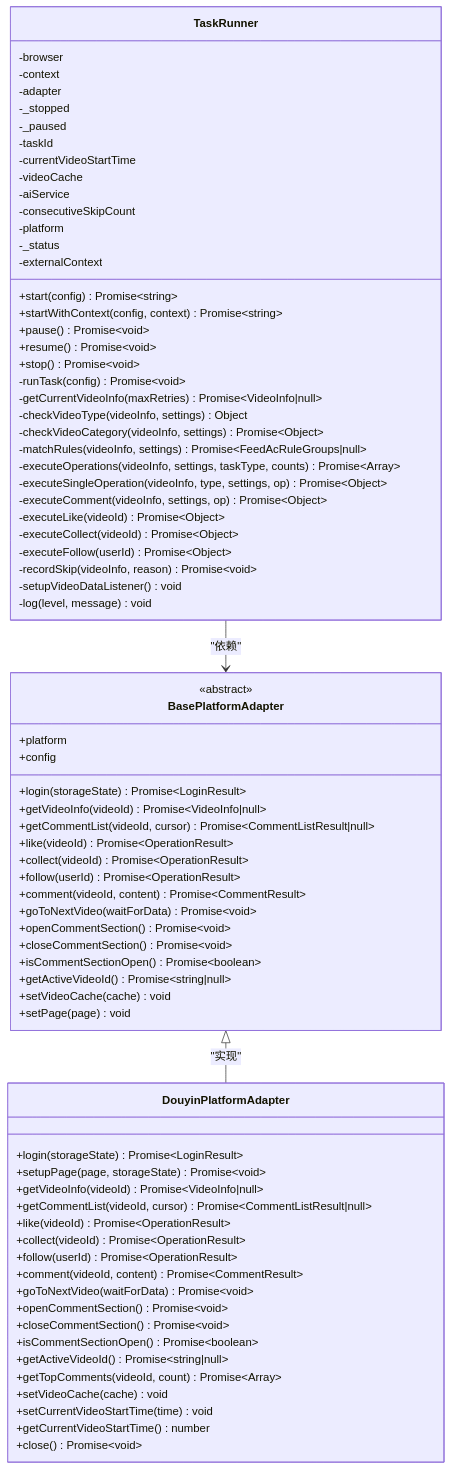
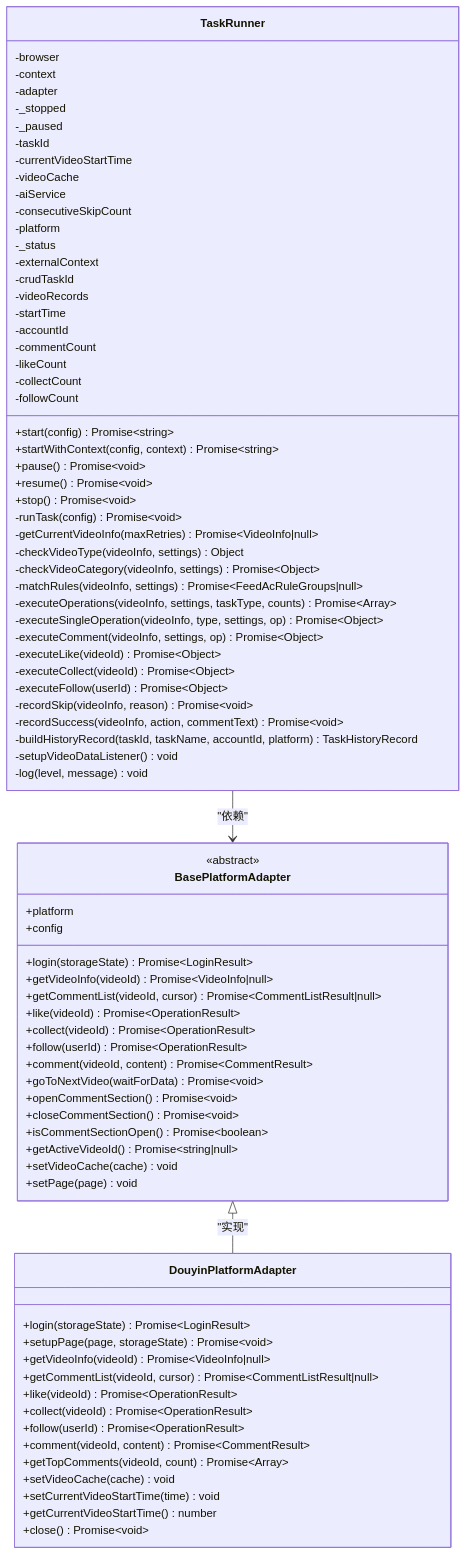
Before and after one commit to hipig/autoOps: the third of 14 diagrams in .qoder/repowiki/zh/content/核心模块/任务执行器.md, drawn with Mermaid. The commit also changed other lines of this file and 37 other files, not shown here.

```diff
--- a/.qoder/repowiki/zh/content/核心模块/任务执行器.md
+++ b/.qoder/repowiki/zh/content/核心模块/任务执行器.md
@@ -157,6 +209,14 @@
 -platform
 -_status
 -externalContext
+-crudTaskId
+-videoRecords
+-startTime
+-accountId
+-commentCount
+-likeCount
+-collectCount
+-followCount
 +start(config) Promise~string~
 +startWithContext(config, context) Promise~string~
 +pause() Promise~void~
@@ -174,6 +234,8 @@
 -executeCollect(videoId) Promise~Object~
 -executeFollow(userId) Promise~Object~
 -recordSkip(videoInfo, reason) Promise~void~
+-recordSuccess(videoInfo, action, commentText) Promise~void~
+-buildHistoryRecord(taskId, taskName, accountId, platform) TaskHistoryRecord
 -setupVideoDataListener() void
 -log(level, message) void
 }
@@ -205,11 +267,6 @@
 +collect(videoId) Promise~OperationResult~
 +follow(userId) Promise~OperationResult~
 +comment(videoId, content) Promise~CommentResult~
-+goToNextVideo(waitForData) Promise~void~
-+openCommentSection() Promise~void~
-+closeCommentSection() Promise~void~
-+isCommentSectionOpen() Promise~boolean~
-+getActiveVideoId() Promise~string|null~
 +getTopComments(videoId, count) Promise~Array~
 +setVideoCache(cache) void
 +setCurrentVideoStartTime(time) void
```
